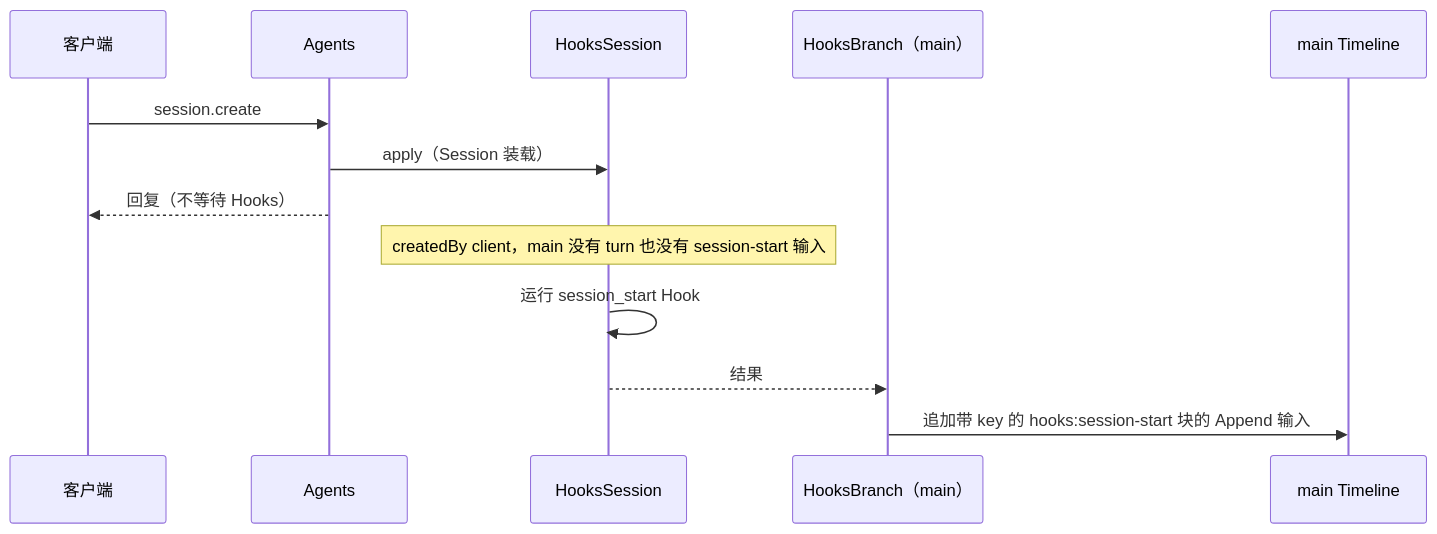
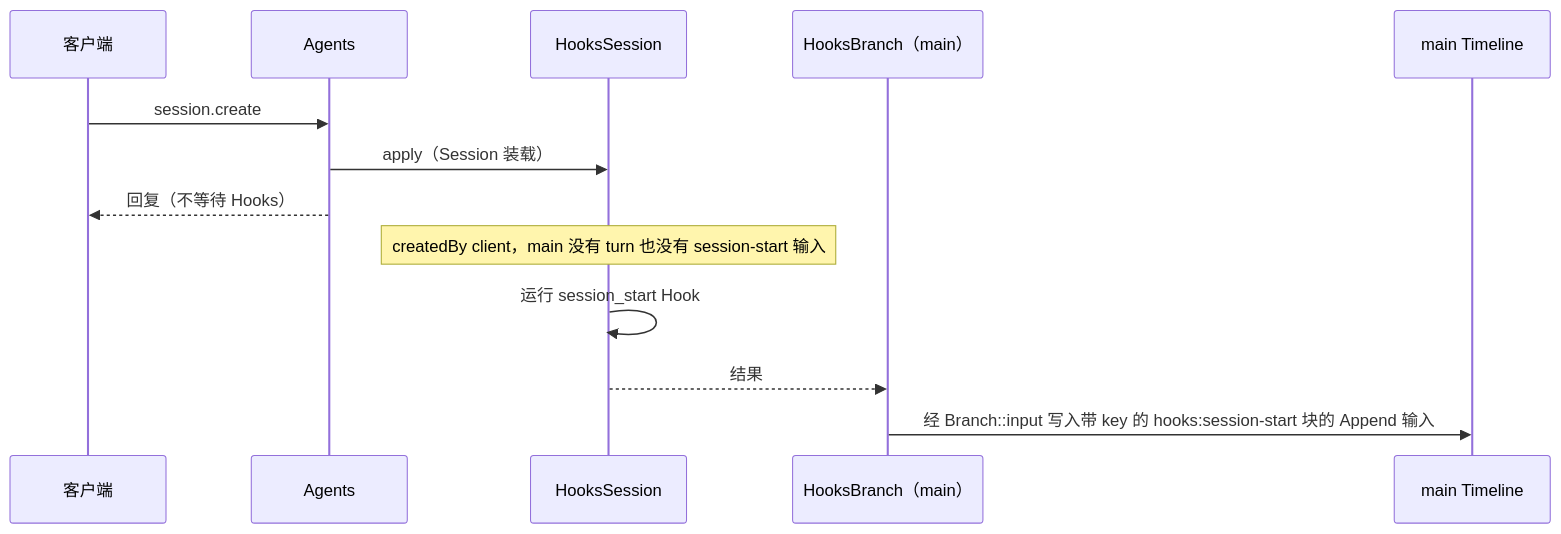
The fifth of 7 diagrams in docs/zh/design/plugins/Hooks.md (CoutinhoTTS/dim-agent), drawn with Mermaid before and after one commit. The commit also changed other lines of this file and 42 other files, not shown here.

````diff
--- a/docs/zh/design/plugins/Hooks.md
+++ b/docs/zh/design/plugins/Hooks.md
@@ -128,15 +131,15 @@
 ```mermaid
 sequenceDiagram
   participant C as 客户端
   participant AG as Agents
   participant HS as HooksSession
   participant HB as HooksBranch（main）
   participant TL as main Timeline
   C->>AG: session.create
   AG->>HS: apply（Session 装载）
   AG-->>C: 回复（不等待 Hooks）
   Note over HS: createdBy client，main 没有 turn 也没有 session-start 输入
   HS->>HS: 运行 session_start Hook
   HS-->>HB: 结果
-  HB->>TL: 追加带 key 的 hooks:session-start 块的 Append 输入
+  HB->>TL: 经 Branch::input 写入带 key 的 hooks:session-start 块的 Append 输入
 ```
````
